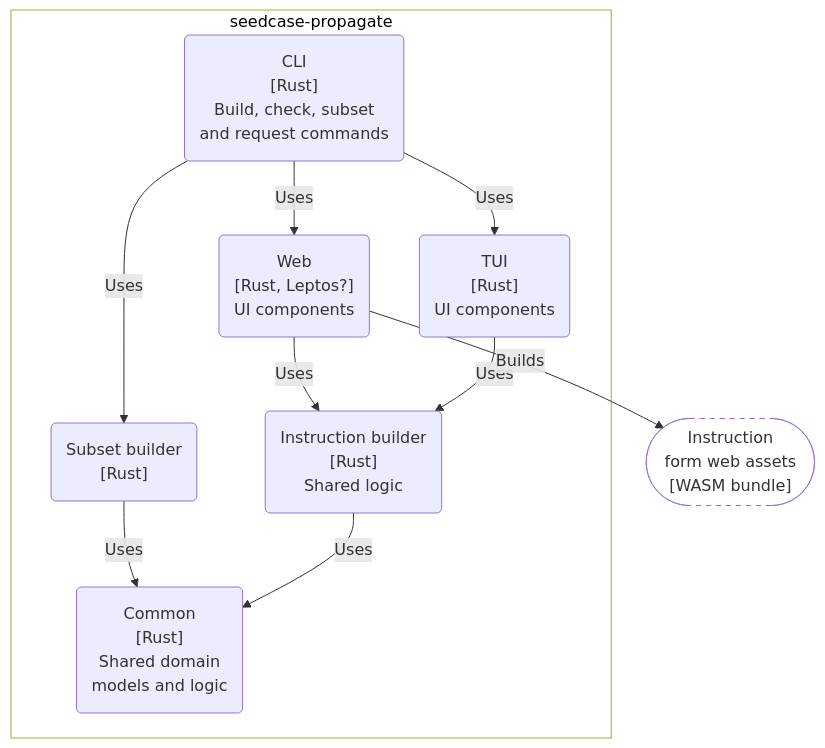
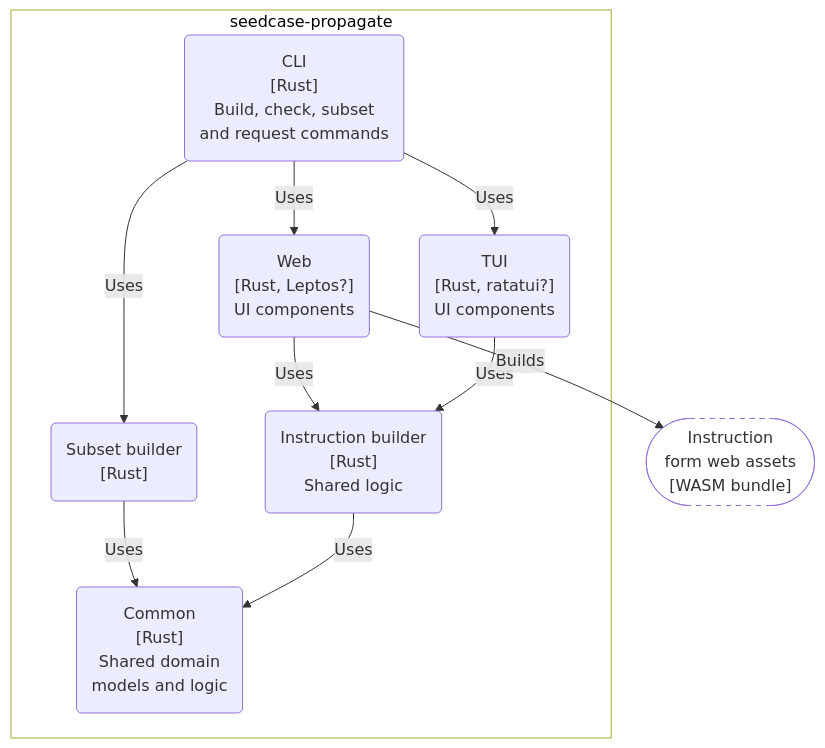
The second of 2 diagrams in docs/design/architecture.qmd (seedcase-project/seedcase-propagate), drawn with Mermaid before and after one commit. The commit also changed other lines of this file, not shown here.

````diff
--- a/docs/design/architecture.qmd
+++ b/docs/design/architecture.qmd
@@ -130,31 +130,31 @@
 ```{mermaid}
 %%| label: fig-c4-container
 %%| fig-cap: "C4 container diagram showing the main Rust crates in Propagate and the command-line interface."
 
 flowchart TD
 
   subgraph "seedcase-propagate"
     common("Common<br>[Rust]<br>Shared domain<br>models and logic")
     instruction_builder("Instruction builder<br>[Rust]<br>Shared logic")
     subset_builder("Subset builder<br>[Rust]")
     web("Web<br>[Rust, Leptos?]<br>UI components")
-    tui("TUI<br>[Rust]<br>UI components")
+    tui("TUI<br>[Rust, ratatui?]<br>UI components")
     cli("CLI<br>[Rust]<br>Build, check, subset<br>and request commands")
 
     subset_builder -- "Uses" --> common
     instruction_builder -- "Uses" --> common
     web -- "Uses" --> instruction_builder
     tui -- "Uses" --> instruction_builder
     cli -- "Uses" --> subset_builder
     cli -- "Uses" --> web
     cli -- "Uses" --> tui
   end
 
   form_assets(["Instruction<br>form web assets<br>[WASM bundle]"])
 
   web --"Builds"--> form_assets
 
   %% Styling
   style seedcase-propagate fill:#FFFFFF, color:#000000
   style form_assets fill:transparent, stroke-dasharray: 5 5
 ```
````
